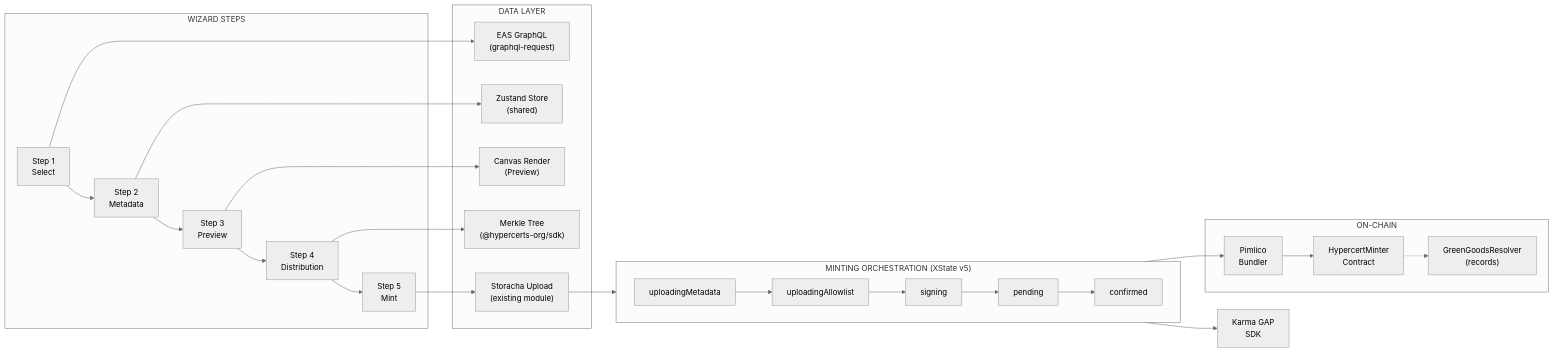
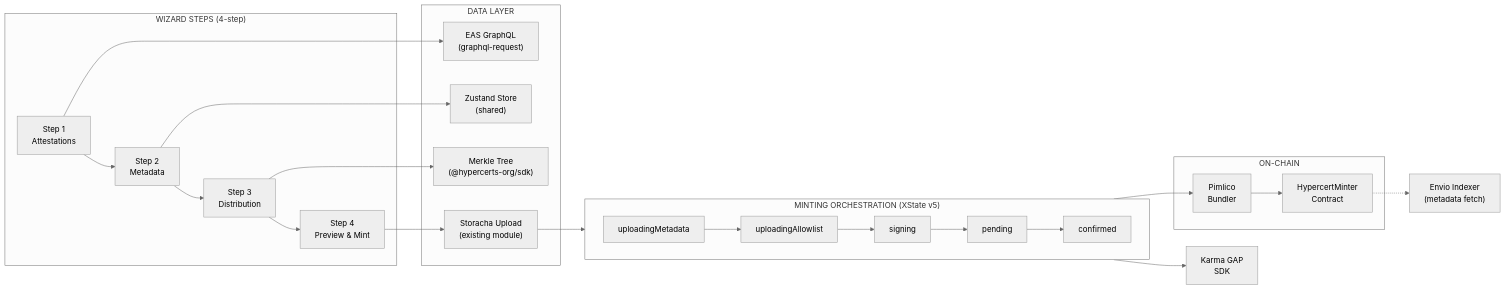
Before and after one commit to greenpill-dev-guild/green-goods: the fourth of 12 diagrams in docs/docs/specs/hypercerts/technical-spec.md, drawn with Mermaid (neutral theme). The commit also changed other lines of this file and 28 other files, not shown here.

````diff
--- a/docs/docs/specs/hypercerts/technical-spec.md
+++ b/docs/docs/specs/hypercerts/technical-spec.md
@@ -370,49 +373,45 @@
 ```mermaid
 flowchart LR
-    subgraph Wizard["WIZARD STEPS"]
-        S1["Step 1<br/>Select"]
+    subgraph Wizard["WIZARD STEPS (4-step)"]
+        S1["Step 1<br/>Attestations"]
         S2["Step 2<br/>Metadata"]
-        S3["Step 3<br/>Preview"]
-        S4["Step 4<br/>Distribution"]
-        S5["Step 5<br/>Mint"]
-        S1 --> S2 --> S3 --> S4 --> S5
+        S3["Step 3<br/>Distribution"]
+        S4["Step 4<br/>Preview & Mint"]
+        S1 --> S2 --> S3 --> S4
     end
 
     subgraph DataLayer["DATA LAYER"]
         EASQuery["EAS GraphQL<br/>(graphql-request)"]
         Store["Zustand Store<br/>(shared)"]
-        Canvas["Canvas Render<br/>(Preview)"]
         Merkle["Merkle Tree<br/>(@hypercerts-org/sdk)"]
         IPFS["Storacha Upload<br/>(existing module)"]
     end
 
     S1 --> EASQuery
     S2 --> Store
-    S3 --> Canvas
-    S4 --> Merkle
-    S5 --> IPFS
+    S3 --> Merkle
+    S4 --> IPFS
 
     subgraph XState["MINTING ORCHESTRATION (XState v5)"]
         direction LR
         Upload1["uploadingMetadata"]
         Upload2["uploadingAllowlist"]
         Sign["signing"]
         Pending["pending"]
         Confirmed["confirmed"]
         Upload1 --> Upload2 --> Sign --> Pending --> Confirmed
     end
 
     IPFS --> XState
 
     subgraph Blockchain["ON-CHAIN"]
         Pimlico["Pimlico<br/>Bundler"]
         HCMinter["HypercertMinter<br/>Contract"]
-        GGResolver["GreenGoodsResolver<br/>(records)"]
     end
 
     XState --> Pimlico --> HCMinter
-    HCMinter -.-> GGResolver
+    HCMinter -.-> Indexer["Envio Indexer<br/>(metadata fetch)"]
 
     GAP["Karma GAP<br/>SDK"]
     Confirmed --> GAP
 ```
````
